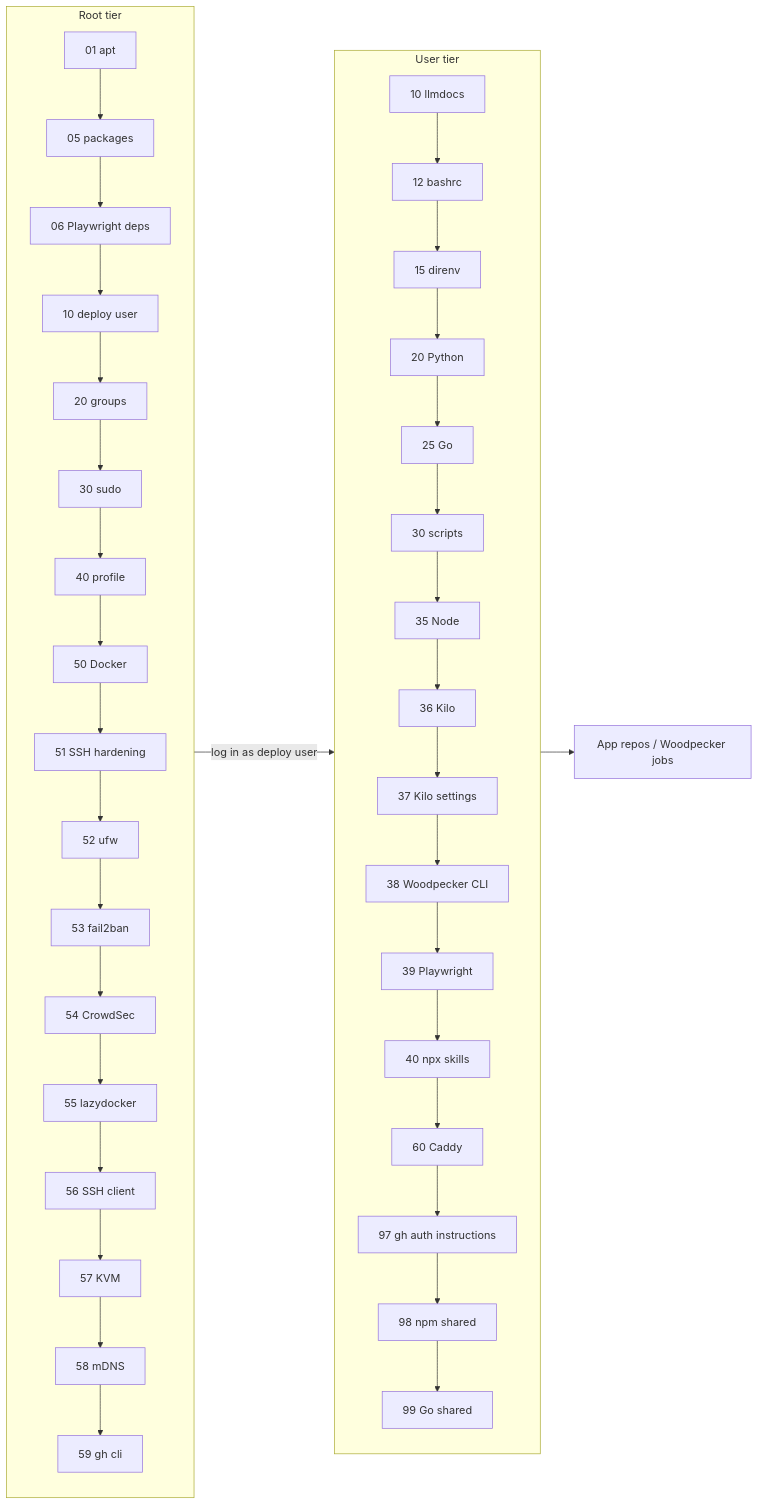
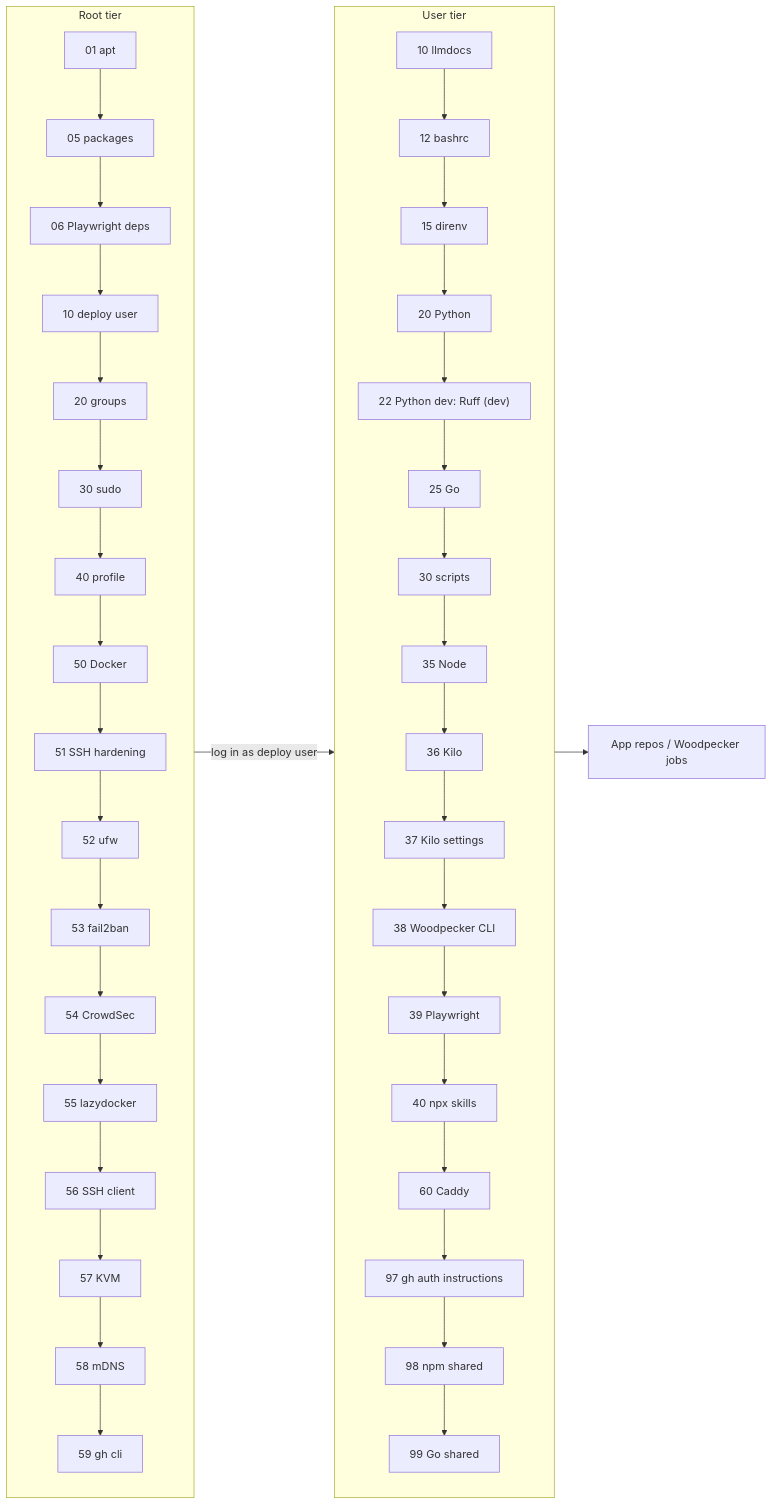
Before and after one commit to broadminde-org/bootstrap: the second of 3 diagrams in docs/codemap.md, drawn with Mermaid. The commit also changed other lines of this file and 12 other files, not shown here.

Commit message:
feat: provision dev-gated Ruff with managed Python

````diff
--- a/docs/codemap.md
+++ b/docs/codemap.md
@@ -55,19 +55,19 @@
 ```mermaid
 flowchart LR
     subgraph Root["Root tier"]
         R1["01 apt"] --> R2["05 packages"] --> R3["06 Playwright deps"]
         R3 --> R4["10 deploy user"] --> R5["20 groups"] --> R6["30 sudo"]
         R6 --> R7["40 profile"] --> R9["50 Docker"]
         R9 --> R10["51 SSH hardening"] --> R11["52 ufw"] --> R12["53 fail2ban"]
         R12 --> R13["54 CrowdSec"] --> R14["55 lazydocker"] --> R15["56 SSH client"]
         R15 --> R16["57 KVM"] --> R17["58 mDNS"] --> R18["59 gh cli"]
     end
     subgraph User["User tier"]
         U1["10 llmdocs"] --> U2["12 bashrc"] --> U3["15 direnv"] --> U4["20 Python"]
-        U4 --> U5["25 Go"] --> U6["30 scripts"] --> U7["35 Node"] --> U8["36 Kilo"]
+        U4 --> U22["22 Python dev: Ruff (dev)"] --> U5["25 Go"] --> U6["30 scripts"] --> U7["35 Node"] --> U8["36 Kilo"]
         U8 --> U9["37 Kilo settings"] --> U10["38 Woodpecker CLI"] --> U11["39 Playwright"] --> U12["40 npx skills"]
         U12 --> U13["60 Caddy"] --> U14["97 gh auth instructions"] --> U15["98 npm shared"] --> U16["99 Go shared"]
     end
     Root -->|"log in as deploy user"| User
     User --> Apps["App repos / Woodpecker jobs"]
 ```
````
